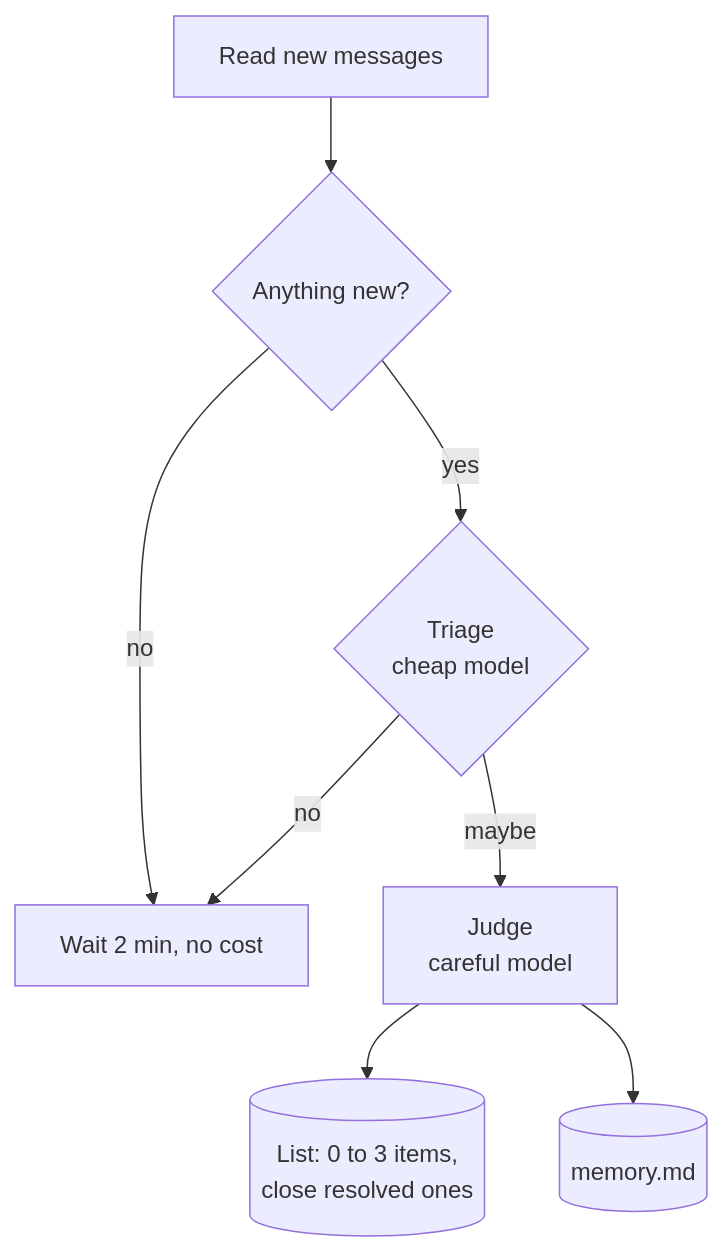
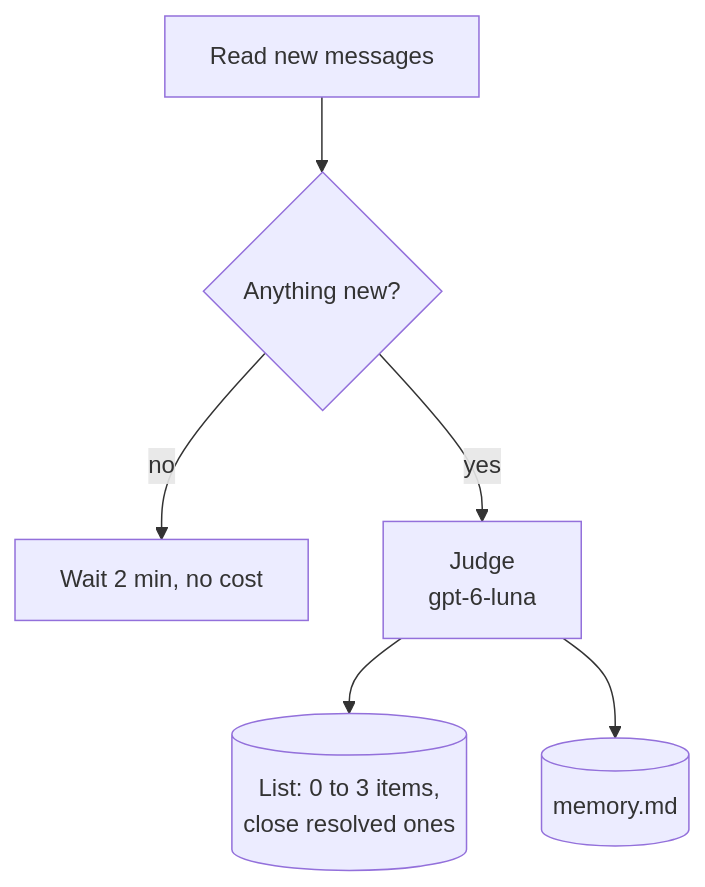
One commit to MisterBrookT/pi-x changed the third of 5 diagrams in docs/proactive.md. Above: the diagram before and after it, drawn with Mermaid. The commit also changed other lines of this file and 3 other files, not shown here.

Commit message:
proactive: one model (gpt-6-luna, low thinking), drop triage step

````diff
--- a/docs/proactive.md
+++ b/docs/proactive.md
@@ -77,10 +77,8 @@
 ```mermaid
 flowchart TB
   R[Read new messages] --> N{Anything new?}
   N -- no --> W[Wait 2 min, no cost]
-  N -- yes --> T{"Triage<br/>cheap model"}
-  T -- no --> W
-  T -- maybe --> J["Judge<br/>careful model"]
+  N -- yes --> J["Judge<br/>gpt-6-luna"]
   J --> L[(List: 0 to 3 items,<br/>close resolved ones)]
   J --> M[(memory.md)]
 ```
````
